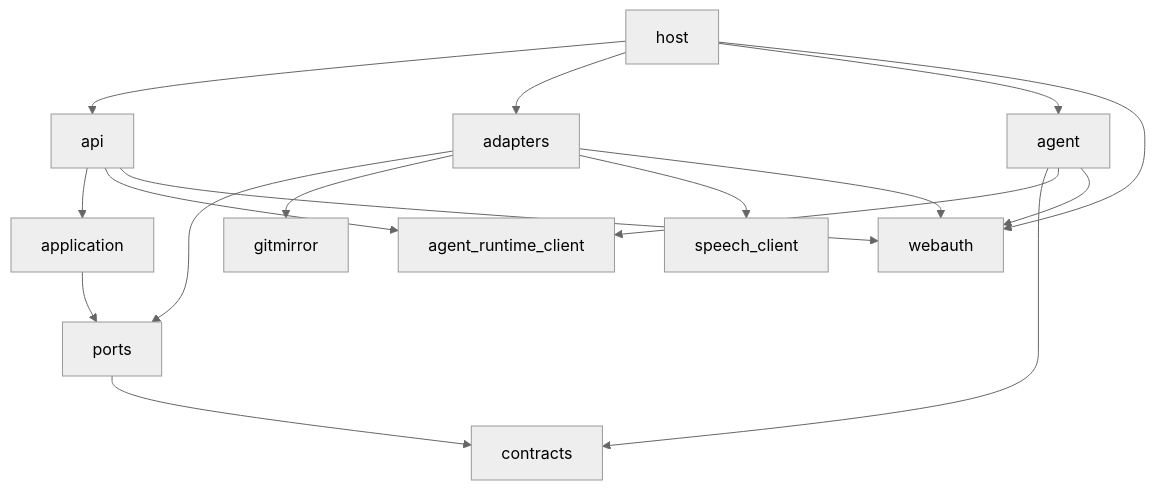
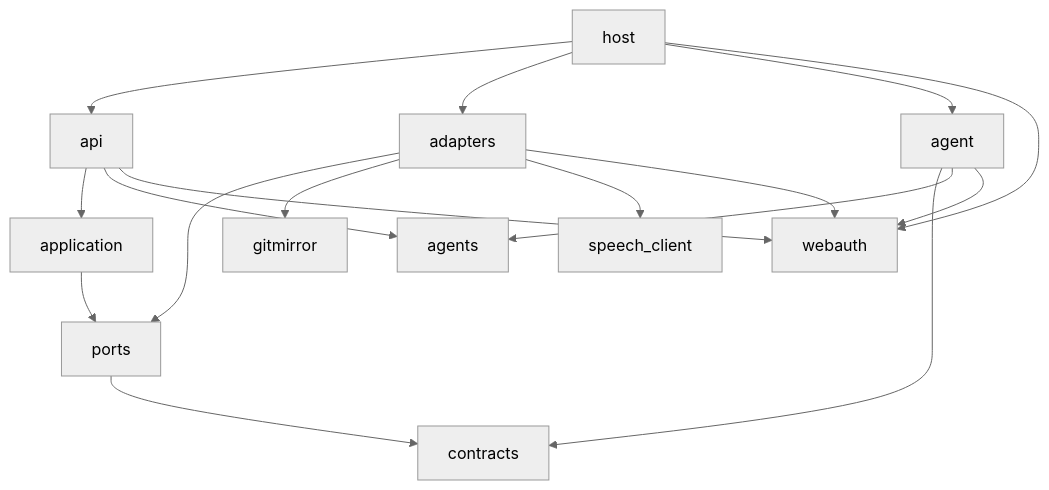
The second of 3 diagrams in docs/ARCHITECTURE.md (overnightworks/presentator), drawn with Mermaid (neutral theme) before and after one commit. The commit also changed other lines of this file and 29 other files, not shown here.

````diff
--- a/docs/ARCHITECTURE.md
+++ b/docs/ARCHITECTURE.md
@@ -27,19 +27,19 @@
 ```mermaid
 flowchart TD
     host --> api
     host --> adapters
     host --> agent
     api --> application
     api --> arc
     adapters --> ports
     agent --> contracts
     application --> ports
     ports --> contracts
     adapters --> gitmirror
-    agent --> arc[agent_runtime_client]
+    agent --> arc[agents]
     adapters --> src[speech_client]
     host --> webauth
     api --> webauth
     agent --> webauth
     adapters --> webauth
 ```
````
